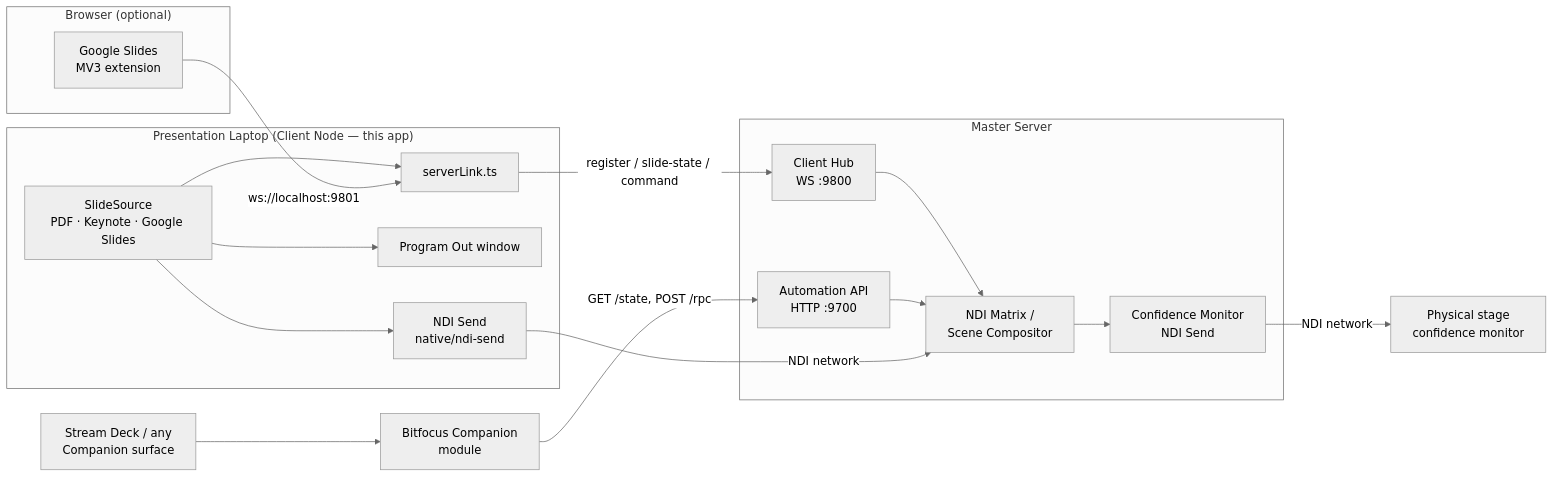
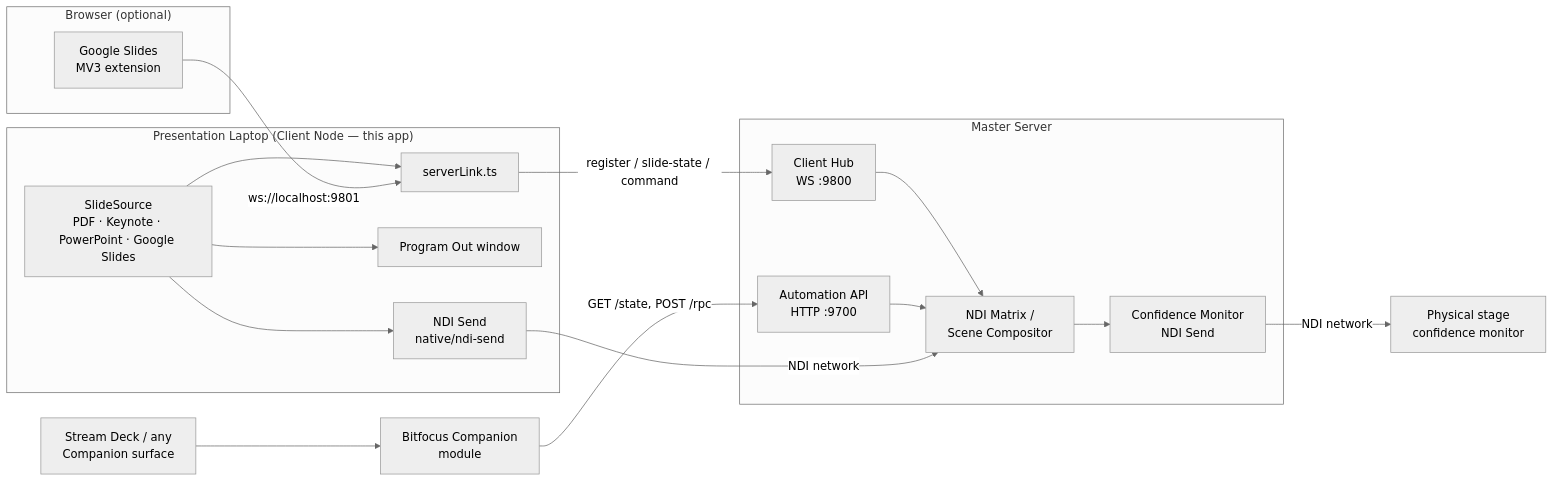
Before and after one commit to allansargeant/presentation-commander-client: the diagram in README.md, drawn with Mermaid (neutral theme). The commit also changed other lines of this file and 9 other files, not shown here.

````diff
--- a/README.md
+++ b/README.md
@@ -47,34 +63,34 @@
 ```mermaid
 graph LR
     subgraph laptop["Presentation Laptop (Client Node — this app)"]
-        SS["SlideSource<br/>PDF · Keynote · Google Slides"]
+        SS["SlideSource<br/>PDF · Keynote · PowerPoint · Google Slides"]
         NDIsend["NDI Send<br/>native/ndi-send"]
         ProgOut["Program Out window"]
         SL["serverLink.ts"]
         SS --> NDIsend
         SS --> ProgOut
         SS --> SL
     end
 
     subgraph browser["Browser (optional)"]
         GSExt["Google Slides<br/>MV3 extension"]
     end
     GSExt -- "ws://localhost:9801" --> SL
 
     subgraph server["Master Server"]
         Hub["Client Hub<br/>WS :9800"]
         Matrix["NDI Matrix /<br/>Scene Compositor"]
         Auto["Automation API<br/>HTTP :9700"]
         ConfMon["Confidence Monitor<br/>NDI Send"]
         Hub --> Matrix
         Matrix --> ConfMon
         Auto --> Matrix
     end
     SL -- "register / slide-state / command" --> Hub
 
     NDIsend -- "NDI network" --> Matrix
     ConfMon -- "NDI network" --> Monitor["Physical stage<br/>confidence monitor"]
 
     Companion["Bitfocus Companion<br/>module"] -- "GET /state, POST /rpc" --> Auto
     Deck["Stream Deck / any<br/>Companion surface"] --> Companion
 ```
````
